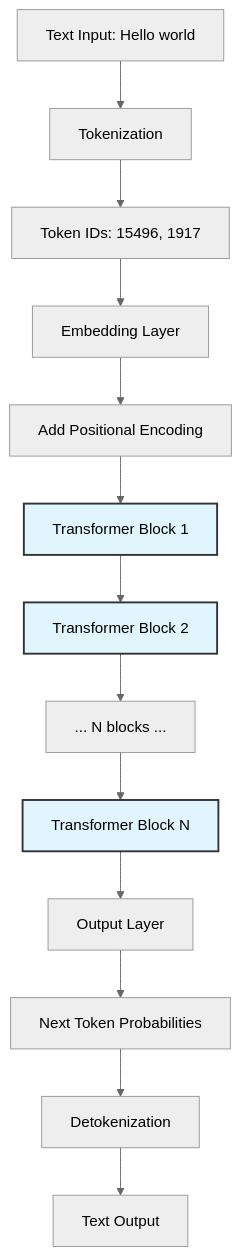
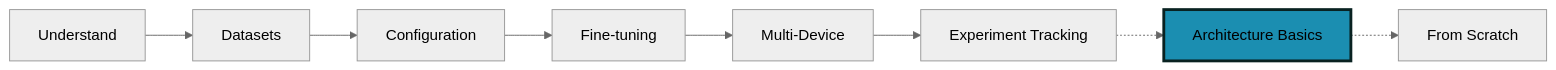
One commit to tenstorrent/tt-vscode-toolkit changed the first of 3 diagrams in content/lessons/ct7-architecture-basics.md. Above: the diagram before and after it, drawn with Mermaid (neutral theme). The commit also changed other lines of this file and 39 other files, not shown here.

````diff
--- a/content/lessons/ct7-architecture-basics.md
+++ b/content/lessons/ct7-architecture-basics.md
@@ -68,19 +49,12 @@
 ```mermaid
-graph TD
-    A[Text Input: Hello world] --> B[Tokenization]
-    B --> C[Token IDs: 15496, 1917]
-    C --> D[Embedding Layer]
-    D --> E[Add Positional Encoding]
-    E --> F[Transformer Block 1]
-    F --> G[Transformer Block 2]
-    G --> H[... N blocks ...]
-    H --> I[Transformer Block N]
-    I --> J[Output Layer]
-    J --> K[Next Token Probabilities]
-    K --> L[Detokenization]
-    L --> M[Text Output]
+graph LR
+    A[Understand] --> B[Datasets]
+    B --> C[Configuration]
+    C --> D[Fine-tuning]
+    D --> E[Multi-Device]
+    E --> F[Experiment Tracking]
+    F -.-> G[Architecture Basics]
+    G -.-> H[From Scratch]
 
-    style F fill:#e1f5ff,stroke:#333,stroke-width:2px
-    style G fill:#e1f5ff,stroke:#333,stroke-width:2px
-    style I fill:#e1f5ff,stroke:#333,stroke-width:2px
+    style G fill:#1B8EB1,stroke:#092221,stroke-width:3px
 ```
````
